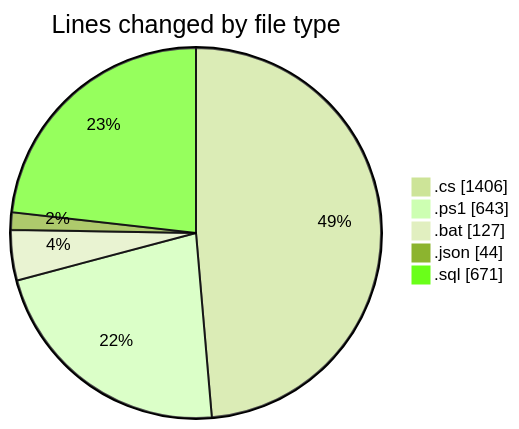
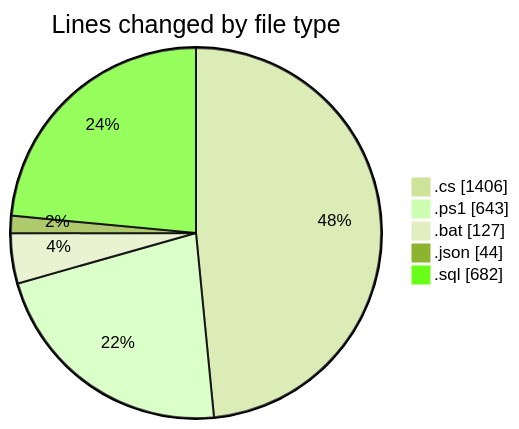
The first of 2 diagrams in 2025-07-28/quanlyrapchieuphim-2/README.md (lephambinh05/code-tracking), drawn with Mermaid (forest theme) before and after one commit. The commit also changed other lines of this file and 1 other file, not shown here.

````diff
--- a/2025-07-28/quanlyrapchieuphim-2/README.md
+++ b/2025-07-28/quanlyrapchieuphim-2/README.md
@@ -35,9 +35,9 @@
 ```mermaid
 pie showData
 title Lines changed by file type
 ".cs" : 1406
 ".ps1" : 643
 ".bat" : 127
 ".json" : 44
-".sql" : 671
+".sql" : 682
 ```
````
